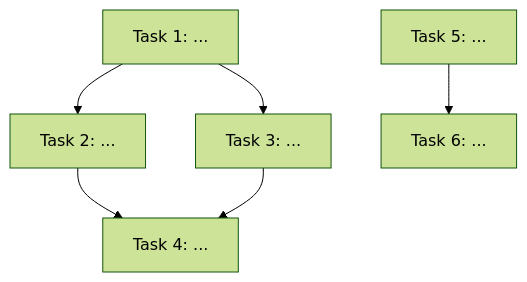
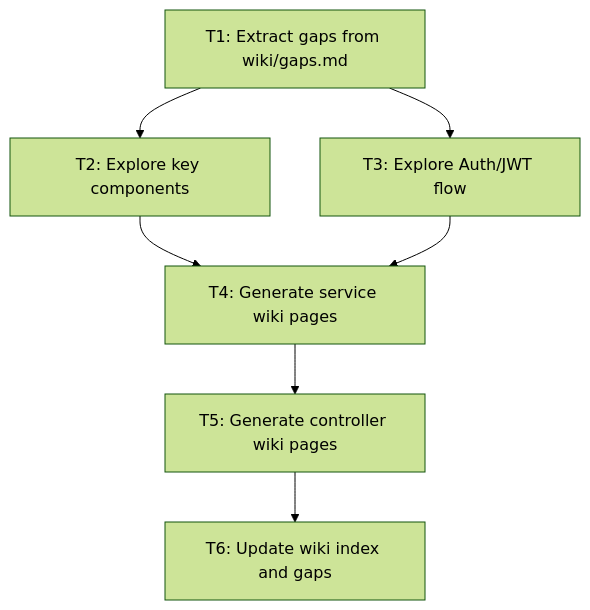
Before and after one commit to Bandersnatch0x/schemaplexai: the diagram in .claude/changes/wiki-gaps-completion/tasks.md, drawn with Mermaid (forest theme). The commit also changed other lines of this file and 14 other files, not shown here.

First line of the commit message:
docs: add wiki pages for core services and auth flow

````diff
--- a/.claude/changes/wiki-gaps-completion/tasks.md
+++ b/.claude/changes/wiki-gaps-completion/tasks.md
@@ -13,8 +13,9 @@
 ```mermaid
 graph TD
-    A["Task 1: ..."] --> B["Task 2: ..."]
-    A --> C["Task 3: ..."]
-    B --> D["Task 4: ..."]
+    A["T1: Extract gaps from wiki/gaps.md"] --> B["T2: Explore key components"]
+    A --> C["T3: Explore Auth/JWT flow"]
+    B --> D["T4: Generate service wiki pages"]
     C --> D
-    E["Task 5: ..."] --> F["Task 6: ..."]
+    D --> E["T5: Generate controller wiki pages"]
+    E --> F["T6: Update wiki index and gaps"]
 ```
````
